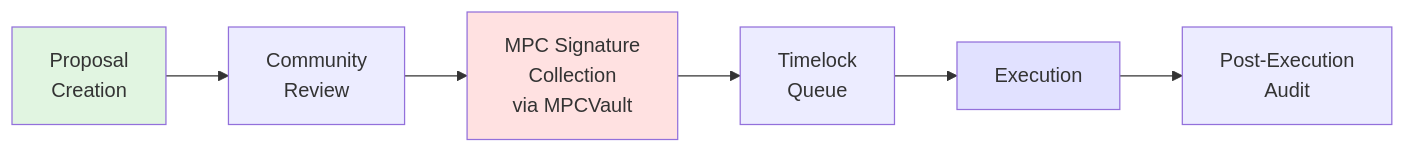
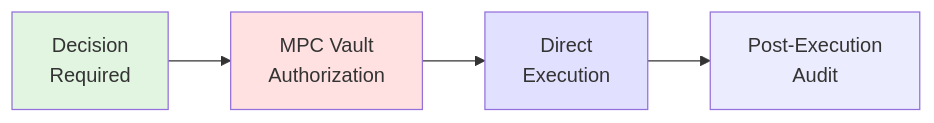
The sixth of 6 diagrams in docs/TECHNICAL.md (lookcard-dev/lookcoin-contract), drawn with Mermaid before and after one commit. The commit also changed other lines of this file and 40 other files, not shown here.

````diff
--- a/docs/TECHNICAL.md
+++ b/docs/TECHNICAL.md
@@ -281,12 +265,10 @@
 ```mermaid
 graph LR
-    A[Proposal<br/>Creation] --> B[Community<br/>Review]
-    B --> C[MPC Signature<br/>Collection<br/>via MPCVault]
-    C --> D[Timelock<br/>Queue]
-    D --> E[Execution]
-    E --> F[Post-Execution<br/>Audit]
-
+    A[Decision<br/>Required] --> B[MPC Vault<br/>Authorization]
+    B --> C[Direct<br/>Execution]
+    C --> D[Post-Execution<br/>Audit]
+    
     style A fill:#e1f5e1
-    style C fill:#ffe1e1
-    style E fill:#e1e1ff
+    style B fill:#ffe1e1
+    style C fill:#e1e1ff
 ```
````
